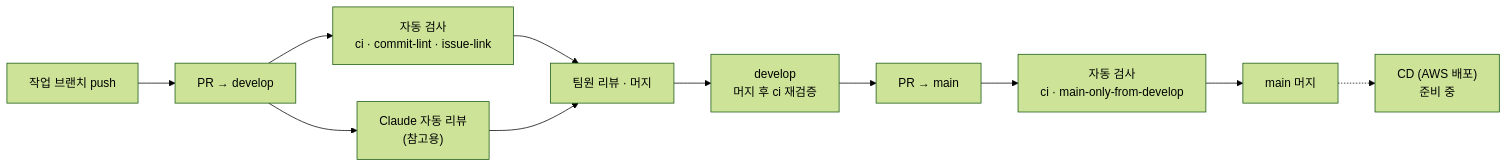
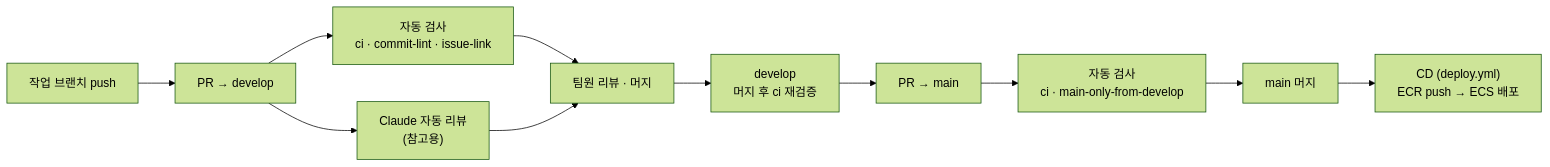
Before and after one commit to SB14-ikujo/sb14-deokhugam-team02: the third of 3 diagrams in README.md, drawn with Mermaid (forest theme). The commit also changed other lines of this file, not shown here.

````diff
--- a/README.md
+++ b/README.md
@@ -477,13 +580,13 @@
 ```mermaid
 flowchart LR
     A[작업 브랜치 push] --> B[PR → develop]
 B --> C["자동 검사<br/>ci · commit-lint · issue-link"]
 B --> R["Claude 자동 리뷰<br/>(참고용)"]
 C --> D[팀원 리뷰 · 머지]
 R --> D
 D --> E["develop<br/>머지 후 ci 재검증"]
 E --> F[PR → main]
 F --> G["자동 검사<br/>ci · main-only-from-develop"]
 G --> H[main 머지]
-H -.-> I["CD (AWS 배포)<br/>준비 중"]
+H --> I["CD (deploy.yml)<br/>ECR push → ECS 배포"]
 ```
````
